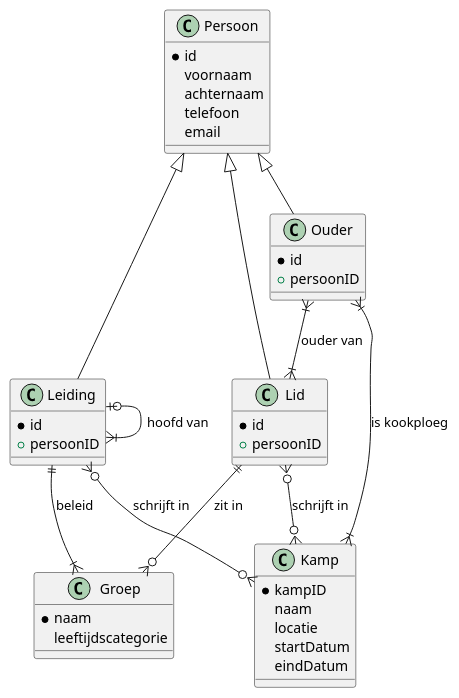
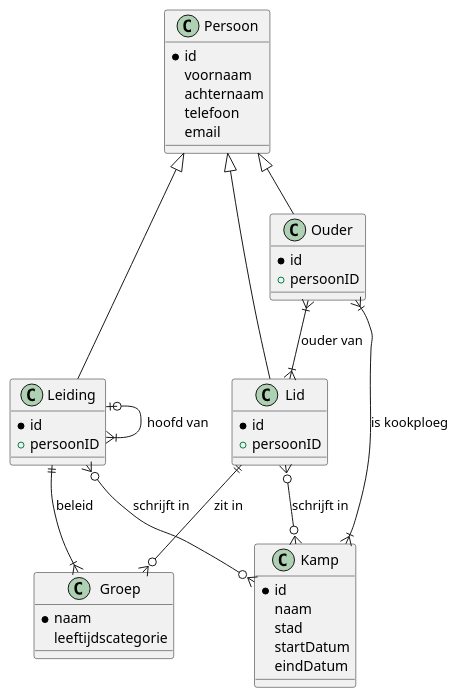
The diagram in erd.md (matteovdr/frontendweb-2526-mateo-kobe), drawn with PlantUML before and after one commit. The commit also changed 7 other files, not shown here.

Commit message:
kampen service toegevoegd en erd een beetje aangepast

````diff
--- a/erd.md
+++ b/erd.md
@@ -9,59 +9,59 @@
 ```plantuml
 plantuml
 @startuml
 class Persoon {
     *id
     voornaam
     achternaam
     telefoon
     email
 }
 class Ouder {
     *id
     +persoonID
 }
 
 class Lid {
     *id
     +persoonID
 }
 
 class Leiding {
     *id
     +persoonID
 }
 
 class Groep {
     *naam
     leeftijdscategorie
 }
 
 class Kamp {
-    *kampID
+    *id
     naam
-    locatie
+    stad
     startDatum
     eindDatum
 }
 
 ' Zero or One      |o--
 ' Exactly One     ||--
 ' Zero or Many      }o--
 ' One or Many       }|--
 ' Relaties (class-diagram syntax)
 
 Ouder }|--|{ Lid : ouder van
 Ouder }|--|{ Kamp : is kookploeg
 Lid }o--o{ Kamp : schrijft in
 Lid ||--o{ Groep : zit in
 Leiding }o--o{ Kamp : schrijft in
 Leiding ||--|{ Groep : beleid
 Leiding |o--|{ Leiding : hoofd van
 
 ' Overerving
 Persoon <|-- Lid
 Persoon <|-- Ouder
 Persoon <|-- Leiding
 
 @enduml
 ```
````
